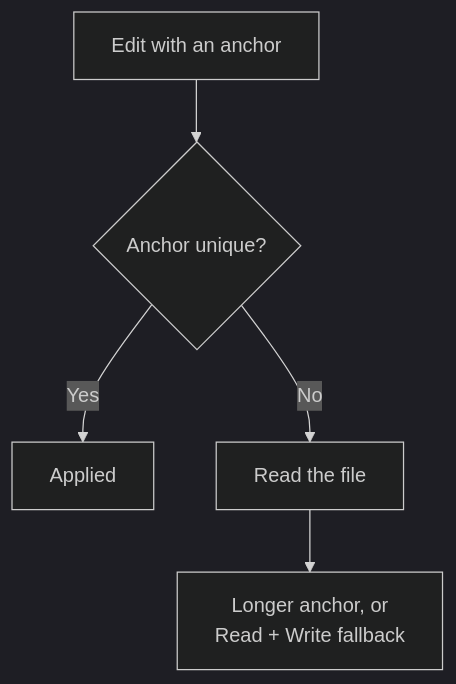
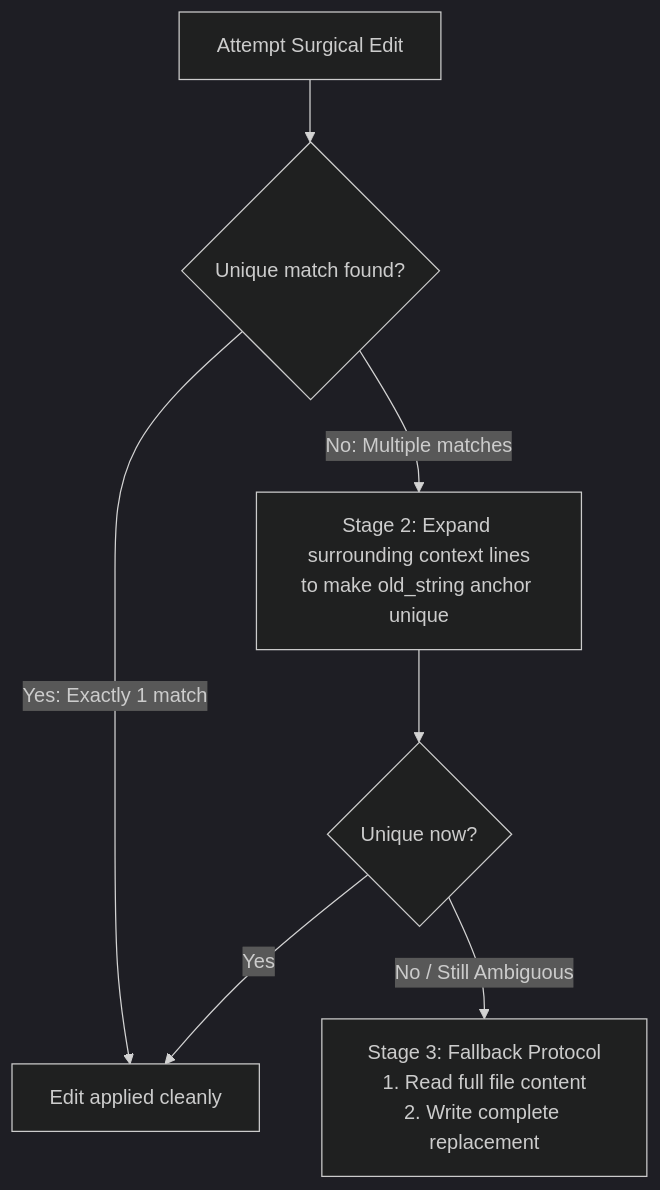
One commit to dip4k/claude_cert_architect_foundation_prep changed the sixth of 7 diagrams in domain2/KEY_CONCEPTS.md. Above: the diagram before and after it, drawn with Mermaid (dark theme). The commit also changed other lines of this file and 59 other files, not shown here.

````diff
--- a/domain2/KEY_CONCEPTS.md
+++ b/domain2/KEY_CONCEPTS.md
@@ -119,7 +357,9 @@
 ```mermaid
 flowchart TD
-    E1["Edit with an anchor"] --> E2{"Anchor unique?"}
-    E2 -->|"Yes"| E3["Applied"]
-    E2 -->|"No"| E4["Read the file"]
-    E4 --> E5["Longer anchor, or<br>Read + Write fallback"]
+    E1["Attempt Surgical Edit"] --> Check{"Unique match found?"}
+    Check -->|"Yes: Exactly 1 match"| Success["Edit applied cleanly"]
+    Check -->|"No: Multiple matches"| Expand["Stage 2: Expand surrounding context lines<br>to make old_string anchor unique"]
+    Expand --> Check2{"Unique now?"}
+    Check2 -->|"Yes"| Success
+    Check2 -->|"No / Still Ambiguous"| Fallback["Stage 3: Fallback Protocol<br>1. Read full file content<br>2. Write complete replacement"]
 ```
````
